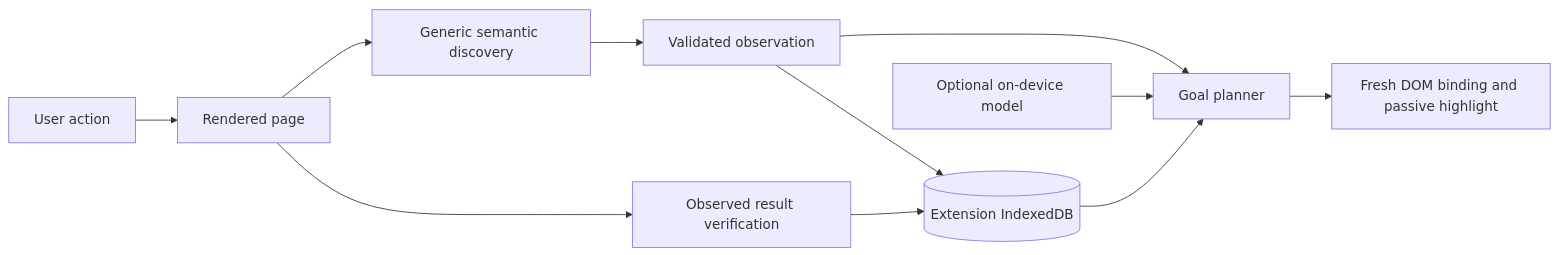
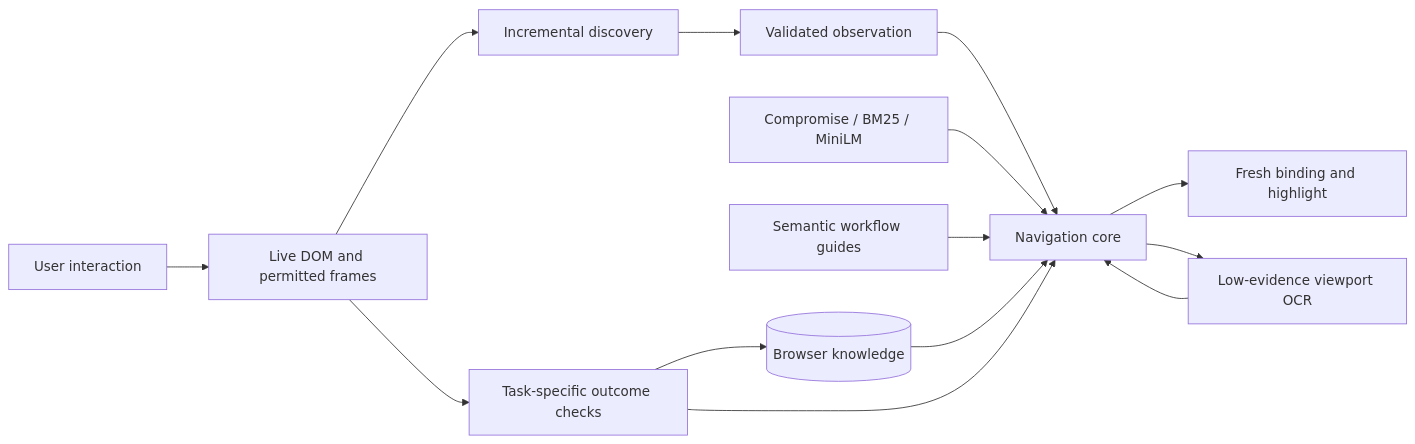
One commit to Sammieblz/tholi changed the diagram in docs/live-navigation.md. Above: the diagram before and after it, drawn with Mermaid. The commit also changed other lines of this file and 136 other files, not shown here.

````diff
--- a/docs/live-navigation.md
+++ b/docs/live-navigation.md
@@ -3,13 +3,16 @@
 ```mermaid
 flowchart LR
-  DOM[Rendered page] --> Discovery[Generic semantic discovery]
-  Discovery --> Snapshot[Validated observation]
-  Snapshot --> Planner[Goal planner]
-  Memory[(Extension IndexedDB)] --> Planner
-  Model[Optional on-device model] --> Planner
-  Planner --> Coach[Fresh DOM binding and passive highlight]
-  User[User action] --> DOM
-  DOM --> Verification[Observed result verification]
+  DOM[Live DOM and permitted frames] --> Discovery[Incremental discovery]
+  Discovery --> Observation[Validated observation]
+  Observation --> Core[Navigation core]
+  NLP[Compromise / BM25 / MiniLM] --> Core
+  Guides[Semantic workflow guides] --> Core
+  Memory[(Browser knowledge)] --> Core
+  Core --> Binding[Fresh binding and highlight]
+  Core --> OCR[Low-evidence viewport OCR]
+  OCR --> Core
+  User[User interaction] --> DOM
+  DOM --> Verification[Task-specific outcome checks]
+  Verification --> Core
   Verification --> Memory
-  Snapshot --> Memory
 ```
````
